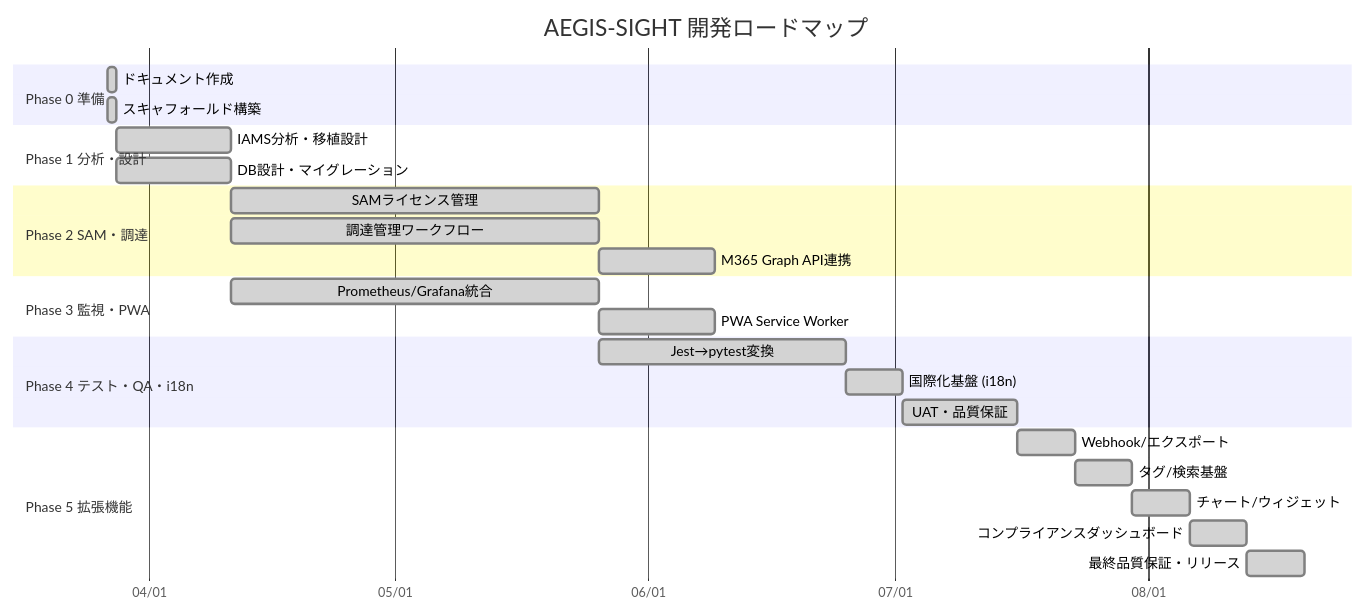
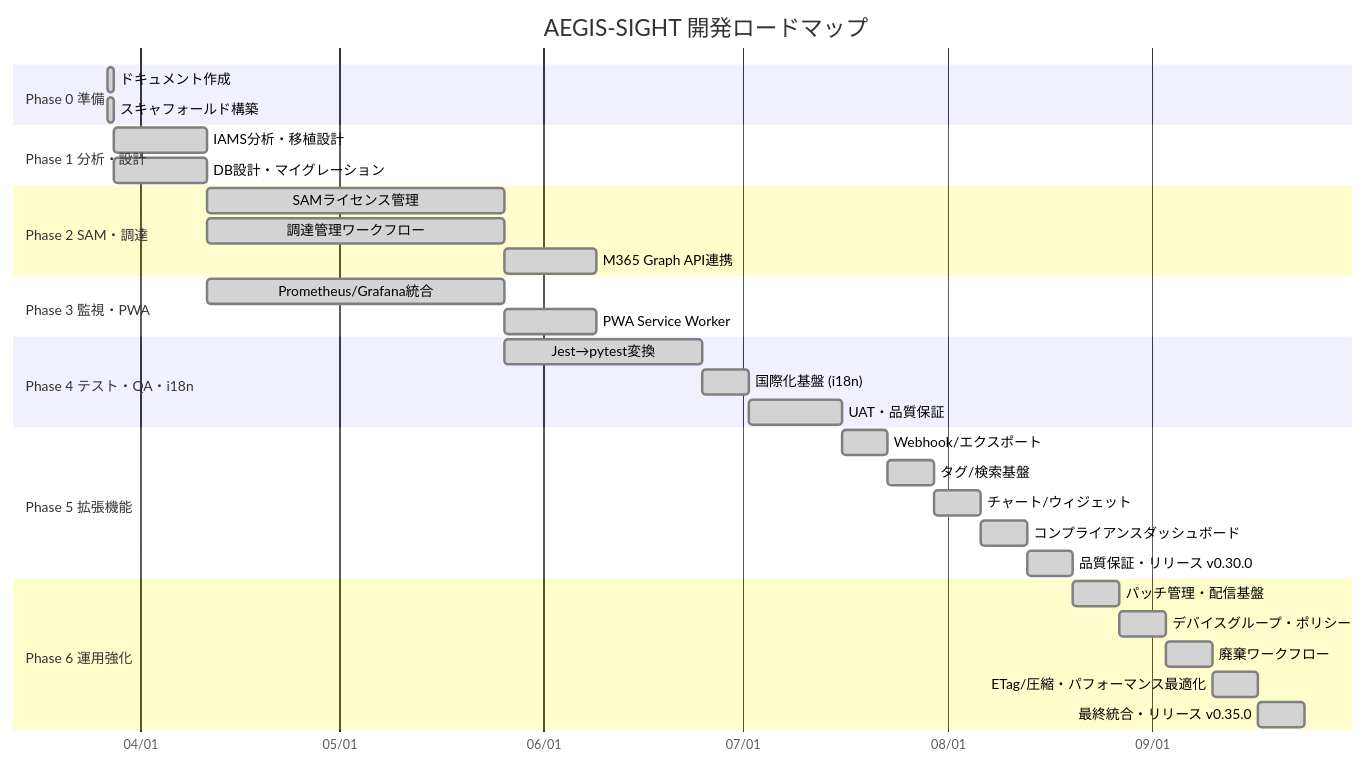
Before and after one commit to Kensan196948G/AEGIS-SIGHT: the second of 3 diagrams in README.md, drawn with Mermaid. The commit also changed other lines of this file and 3 other files, not shown here.

First line of the commit message:
docs: Phase35 最終統合・v0.35.0リリース・プロジェクト総括

````diff
--- a/README.md
+++ b/README.md
@@ -257,35 +261,42 @@
 ```mermaid
 gantt
     title AEGIS-SIGHT 開発ロードマップ
     dateFormat  YYYY-MM-DD
     axisFormat  %m/%d
 
     section Phase 0 準備
     ドキュメント作成           :done, p0a, 2026-03-27, 1d
     スキャフォールド構築       :done, p0b, 2026-03-27, 1d
 
     section Phase 1 分析・設計
     IAMS分析・移植設計         :done, p1a, 2026-03-28, 14d
     DB設計・マイグレーション   :done, p1b, 2026-03-28, 14d
 
     section Phase 2 SAM・調達
     SAMライセンス管理          :done, p2a, after p1a, 45d
     調達管理ワークフロー       :done, p2b, after p1a, 45d
     M365 Graph API連携         :done, p2c, after p2a, 14d
 
     section Phase 3 監視・PWA
     Prometheus/Grafana統合      :done, p3a, after p1a, 45d
     PWA Service Worker          :done, p3b, after p3a, 14d
 
     section Phase 4 テスト・QA・i18n
     Jest→pytest変換            :done, p4a, after p2a, 30d
     国際化基盤 (i18n)           :done, p4c, after p4a, 7d
     UAT・品質保証              :done, p4b, after p4c, 14d
 
     section Phase 5 拡張機能
     Webhook/エクスポート        :done, p5a, after p4b, 7d
     タグ/検索基盤               :done, p5b, after p5a, 7d
     チャート/ウィジェット       :done, p5c, after p5b, 7d
     コンプライアンスダッシュボード :done, p5d, after p5c, 7d
-    最終品質保証・リリース      :done, p5e, after p5d, 7d
+    品質保証・リリース v0.30.0  :done, p5e, after p5d, 7d
+
+    section Phase 6 運用強化
+    パッチ管理・配信基盤        :done, p6a, after p5e, 7d
+    デバイスグループ・ポリシー  :done, p6b, after p6a, 7d
+    廃棄ワークフロー            :done, p6c, after p6b, 7d
+    ETag/圧縮・パフォーマンス最適化 :done, p6d, after p6c, 7d
+    最終統合・リリース v0.35.0  :done, p6e, after p6d, 7d
 ```
````
